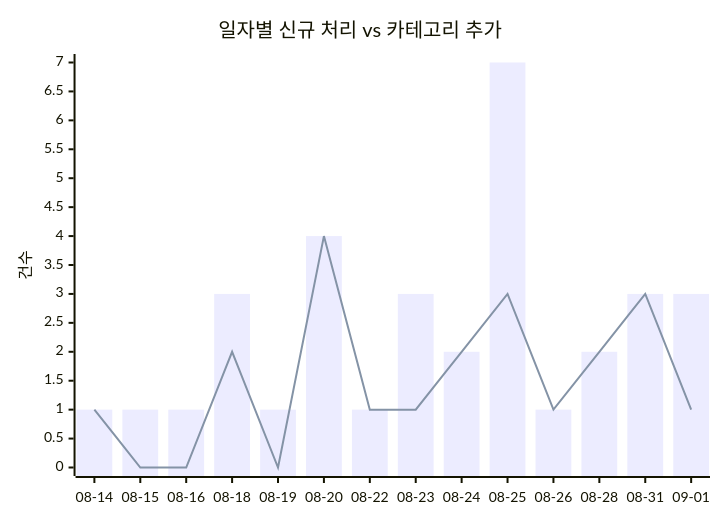
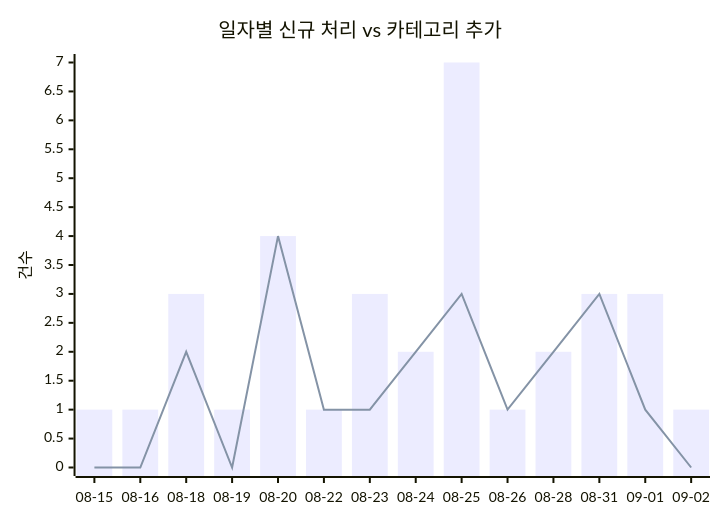
One commit to J-nowcow/awesome-korean-agent-skills changed the first of 2 diagrams in docs/trends.md. Above: the diagram before and after it, drawn with Mermaid. The commit also changed other lines of this file and 2 other files, not shown here.

````diff
--- a/docs/trends.md
+++ b/docs/trends.md
@@ -32,8 +32,8 @@
 ```mermaid
 xychart-beta
     title "일자별 신규 처리 vs 카테고리 추가"
-    x-axis ["08-14","08-15","08-16","08-18","08-19","08-20","08-22","08-23","08-24","08-25","08-26","08-28","08-31","09-01"]
+    x-axis ["08-15","08-16","08-18","08-19","08-20","08-22","08-23","08-24","08-25","08-26","08-28","08-31","09-01","09-02"]
     y-axis "건수"
-    bar [1,1,1,3,1,4,1,3,2,7,1,2,3,3]
-    line [1,0,0,2,0,4,1,1,2,3,1,2,3,1]
+    bar [1,1,3,1,4,1,3,2,7,1,2,3,3,1]
+    line [0,0,2,0,4,1,1,2,3,1,2,3,1,0]
 ```
````
